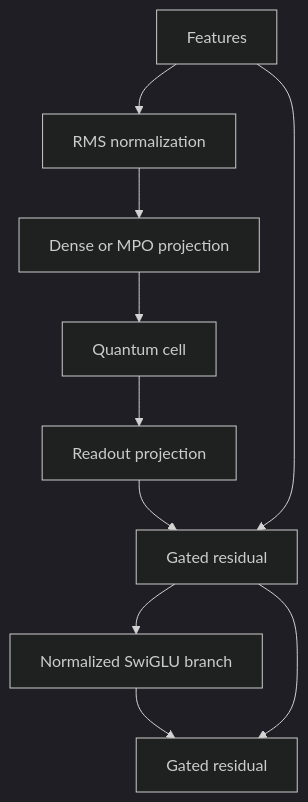
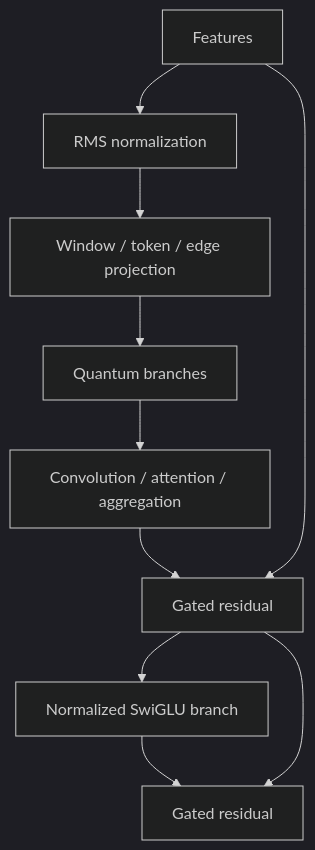
The diagram in docs/deep-learning.md (OpenQML-org/OpenQML), drawn with Mermaid (dark theme) before and after one commit. The commit also changed other lines of this file and 6 other files, not shown here.

````diff
--- a/docs/deep-learning.md
+++ b/docs/deep-learning.md
@@ -13,12 +13,12 @@
 ```mermaid
 flowchart TD
     X[Features] --> N[RMS normalization]
-    N --> P[Dense or MPO projection]
-    P --> Q[Quantum cell]
-    Q --> D[Readout projection]
+    N --> P[Window / token / edge projection]
+    P --> Q[Quantum branches]
+    Q --> D[Convolution / attention / aggregation]
     D --> A[Gated residual]
     X --> A
     A --> F[Normalized SwiGLU branch]
     F --> Y[Gated residual]
     A --> Y
 ```
````
